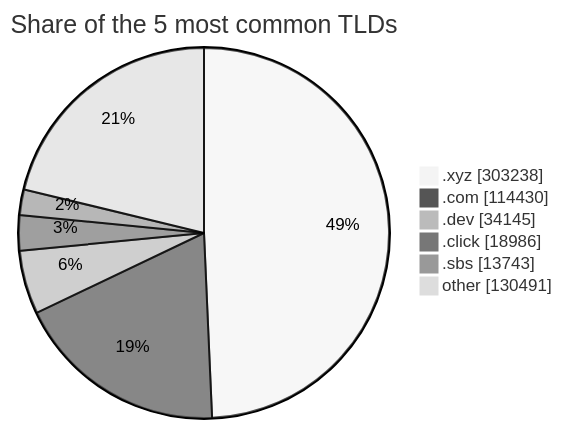
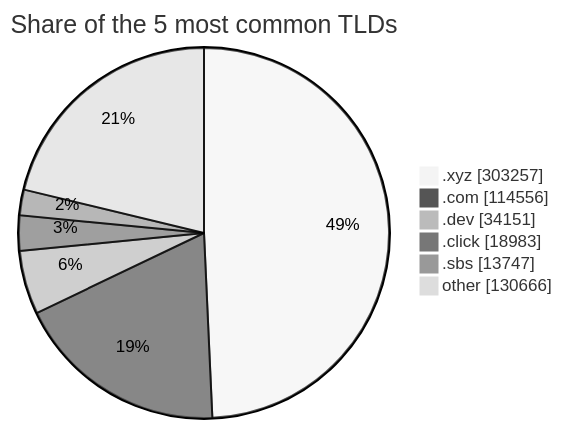
One commit to DNSBunker/CTI changed the third of 3 diagrams in README.md. Above: the diagram before and after it, drawn with Mermaid (neutral theme). The commit also changed other lines of this file and 3 other files, not shown here.

````diff
--- a/README.md
+++ b/README.md
@@ -81,9 +81,9 @@
 ```mermaid
 pie showData title Share of the 5 most common TLDs
-    ".xyz" : 303238
-    ".com" : 114430
-    ".dev" : 34145
-    ".click" : 18986
-    ".sbs" : 13743
-    "other" : 130491
+    ".xyz" : 303257
+    ".com" : 114556
+    ".dev" : 34151
+    ".click" : 18983
+    ".sbs" : 13747
+    "other" : 130666
 ```
````
